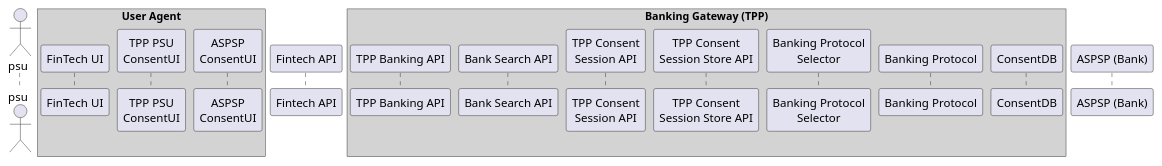
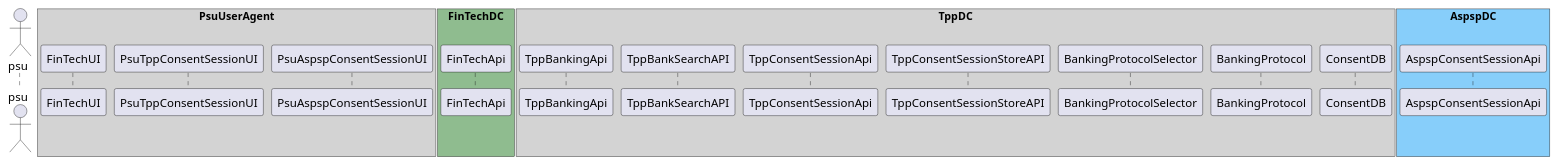
One commit to adorsys/open-banking-gateway changed the diagram in docs/architecture/diagrams/actors.puml. Above: the diagram before and after it, drawn with PlantUML. The commit also changed 9 other files, not shown here.

Commit message:
Added drawio diagram for big picture

```diff
--- a/docs/architecture/diagrams/actors.puml
+++ b/docs/architecture/diagrams/actors.puml
@@ -1,22 +1,27 @@
 @startuml
 
 autonumber "<b><color blue>[00]"
 actor psu
 
-box "User Agent" #LightGray
-    participant "FinTech UI" as FinTechUI
-    participant "TPP PSU\nConsentUI" as TppConsentUI
-    participant "ASPSP\nConsentUI" as AspspConsentUI
+
+box "PsuUserAgent" #LightGray
+    participant "FinTechUI" as FinTechUI
+    participant "PsuTppConsentSessionUI" as TppConsentUI
+    participant "PsuAspspConsentSessionUI" as AspspConsentUI
 end box
-participant "Fintech API" as FinTechAPI
-box "Banking Gateway (TPP)" #LightGray
-    participant "TPP Banking API" as TPPBankingAPI
-    participant "Bank Search API" as BankList
-    participant "TPP Consent\nSession API" as ConsentAPI
-    participant "TPP Consent\nSession Store API" as ConsentStore
-    participant "Banking Protocol\nSelector" as ProtocolSelector
-    participant "Banking Protocol" as BankingProtocol
+box "FinTechDC" #DarkSeaGreen
+    participant "FinTechApi" as FinTechAPI
+end box
+box "TppDC" #LightGray
+    participant "TppBankingApi" as TPPBankingAPI
+    participant "TppBankSearchAPI" as BankList
+    participant "TppConsentSessionApi" as ConsentAPI
+    participant "TppConsentSessionStoreAPI" as ConsentStore
+    participant "BankingProtocolSelector" as ProtocolSelector
+    participant "BankingProtocol" as BankingProtocol
     participant ConsentDB
 end box
-participant "ASPSP (Bank)" as ASPSP
+box "AspspDC" #LightSkyBlue
+    participant "AspspConsentSessionApi" as ASPSP
+end box
 @enduml
```
